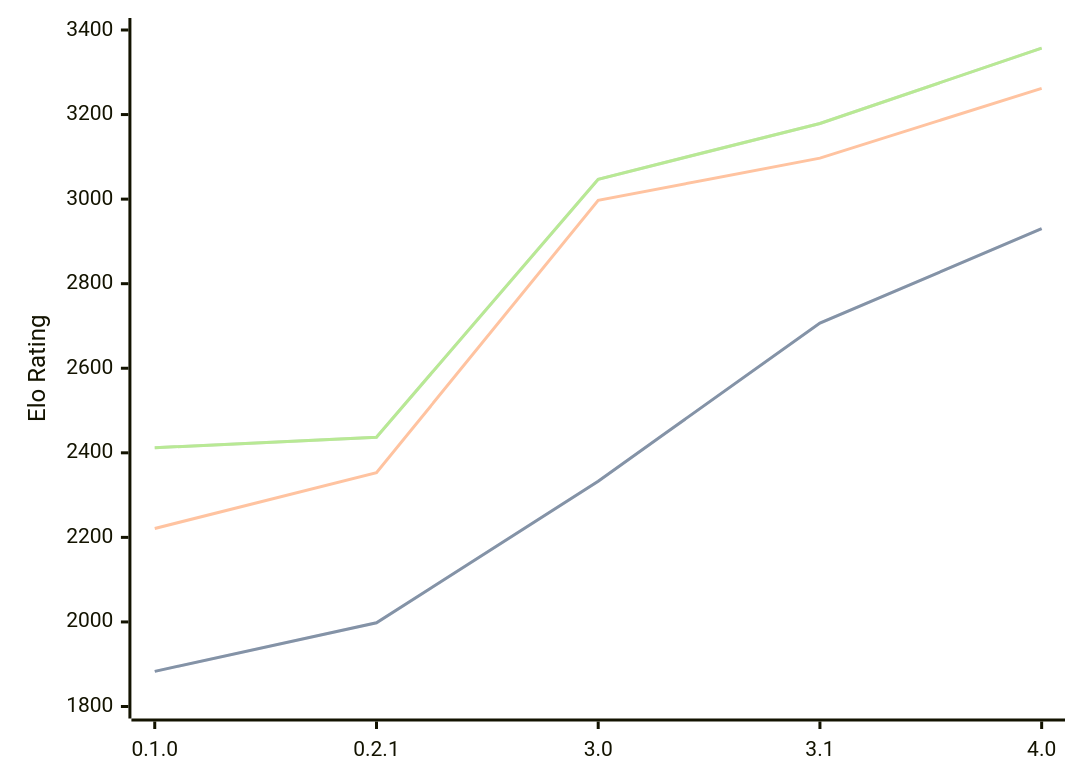
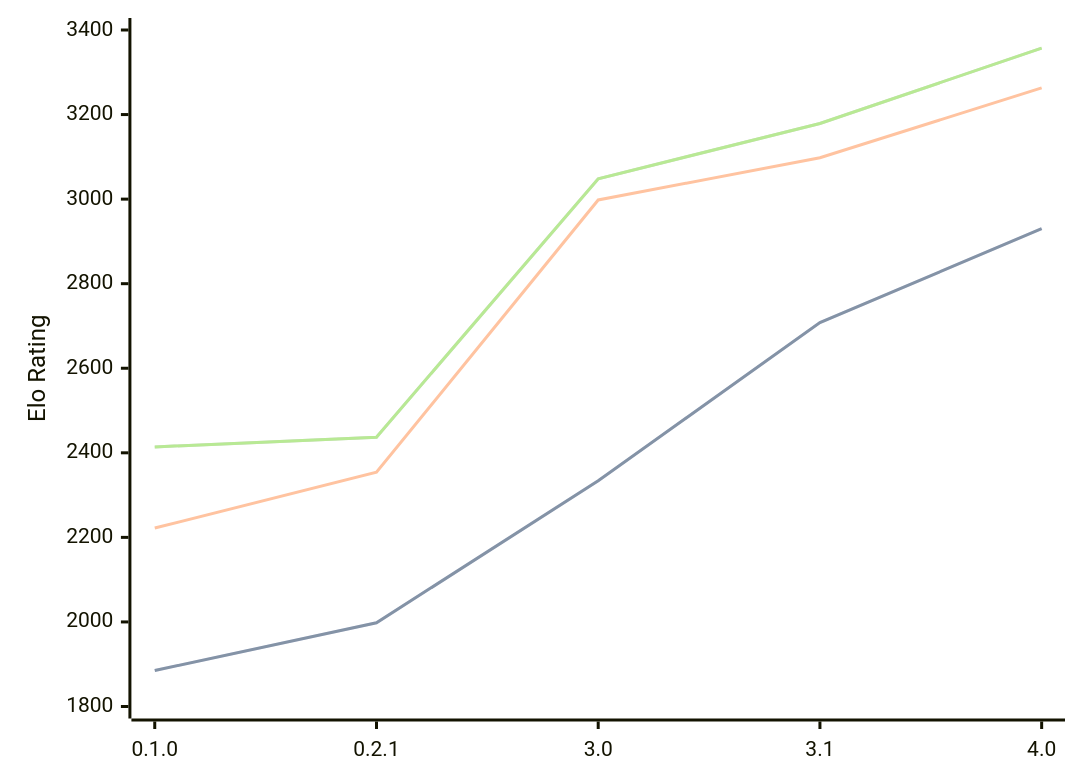
The diagram in engines/Sykora.md (computer-chess-index/cci), drawn with Mermaid before and after one commit. The commit also changed other lines of this file, not shown here.

Commit message:
Update CCI Ratings (ELO VLTC) - 2026-08-21

````diff
--- a/engines/Sykora.md
+++ b/engines/Sykora.md
@@ -36,11 +36,11 @@
 ```mermaid
 %%{init: {"theme":"base","themeVariables":{"seriesColors:['#a3a3a3','#222221','#faa371']}}}%%
 xychart-beta
   x-axis ["0.1.0", "0.2.1", "3.0", "3.1", "4.0"]
   y-axis "Elo Rating" 1800 --> 3400
-  line "STC (8.0+0.08s)" [1883, 1998, 2333, 2707, 2930]
-  line "STC (8.0+0.08s)" [1883, 1998, 2333, 2707, 2930]
-  line "LTC (60.0+0.60s)" [2221, 2353, 2997, 3097, 3262]
-  line "VLTC (2m24s+1.12s)" [2412, 2437, 3047, 3179, 3357]
-  line "VLTC (2m24s+1.12s)" [2412, 2437, 3047, 3179, 3357]
+  line "STC (8.0+0.08s)" [1885, 1998, 2334, 2708, 2930]
+  line "STC (8.0+0.08s)" [1885, 1998, 2334, 2708, 2930]
+  line "LTC (60.0+0.60s)" [2222, 2354, 2998, 3098, 3263]
+  line "VLTC (2m24s+1.12s)" [2414, 2437, 3048, 3179, 3357]
+  line "VLTC (2m24s+1.12s)" [2414, 2437, 3048, 3179, 3357]
 ```
````
